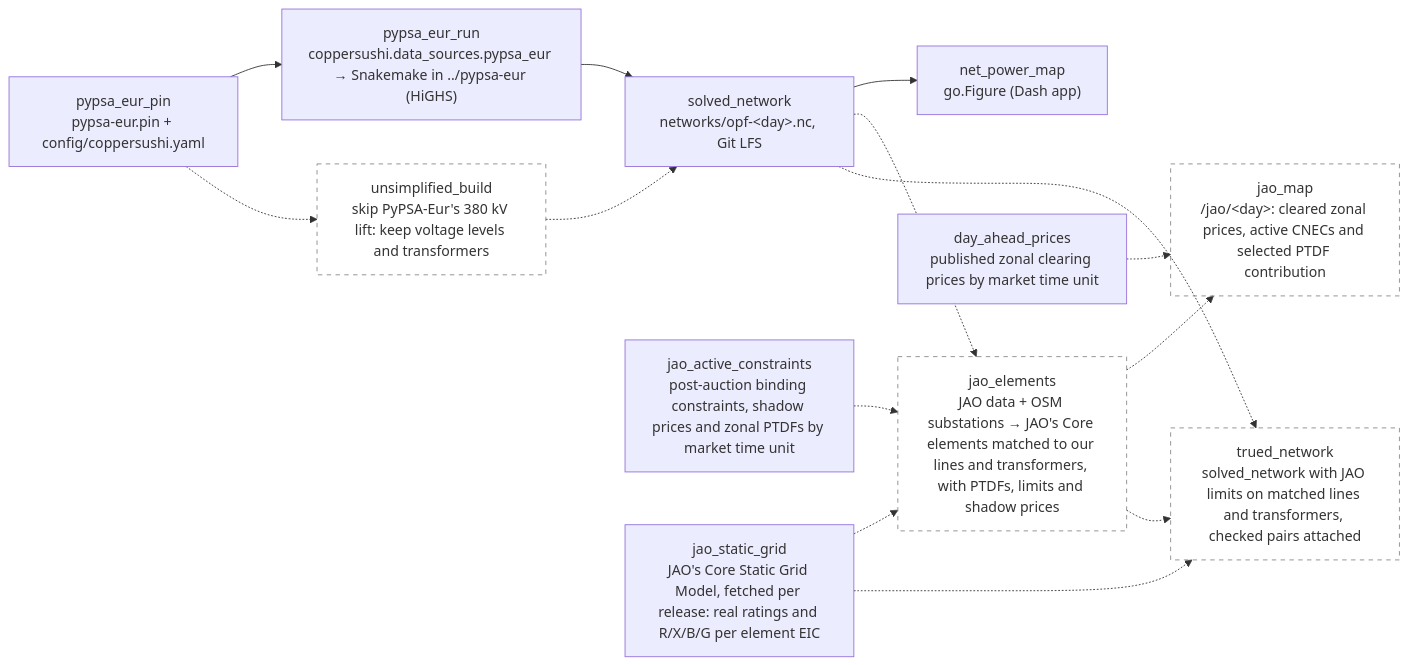
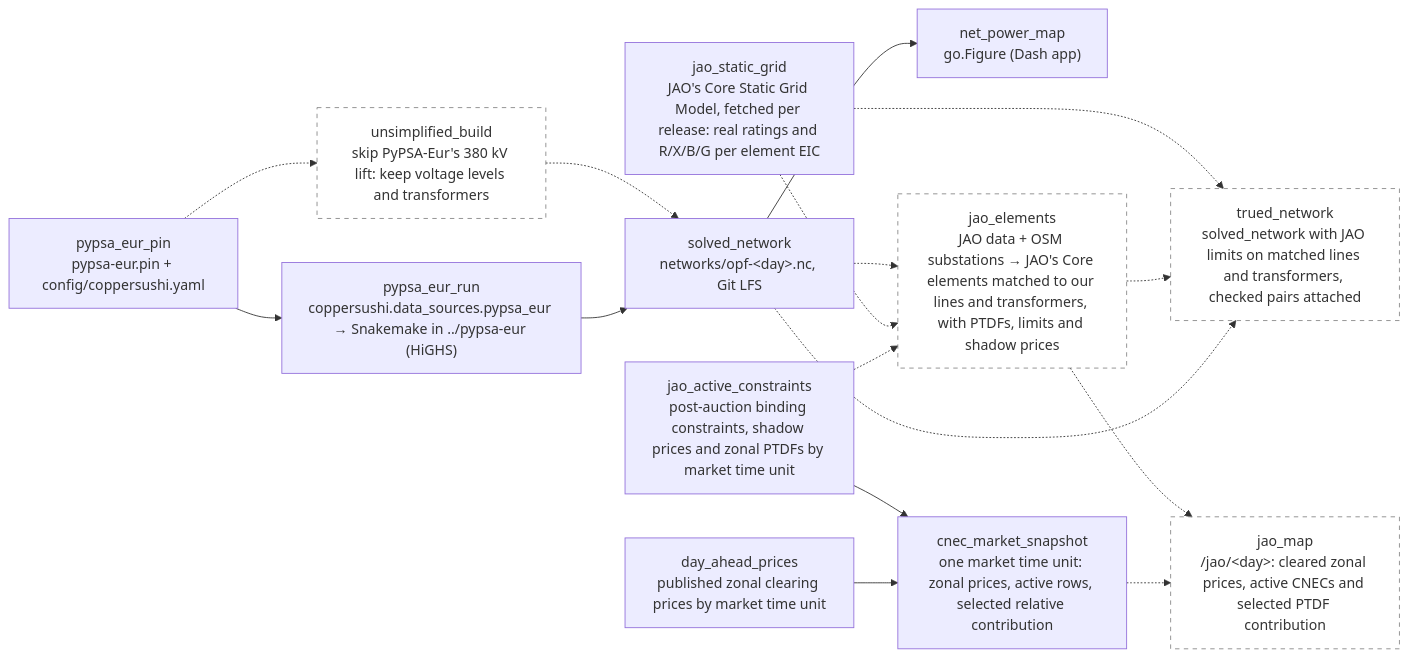
Before and after one commit to zoltanmaric/coppersushi: the diagram in wiki/sushi-2.md, drawn with Mermaid. The commit also changed 5 other files, not shown here.

First line of the commit message:
Compose a complete CNEC market day (#77)

````diff
--- a/wiki/sushi-2.md
+++ b/wiki/sushi-2.md
@@ -16,33 +16,36 @@
 ```mermaid
 flowchart LR
     classDef planned stroke-dasharray: 5 5,stroke:#888,fill:none
 
     net_power_map["net_power_map<br/>go.Figure (Dash app)"]
 
     pypsa_eur_pin["pypsa_eur_pin<br/>pypsa-eur.pin + config/coppersushi.yaml"]
     pypsa_eur_run["pypsa_eur_run<br/>coppersushi.data_sources.pypsa_eur → Snakemake in ../pypsa-eur (HiGHS)"]
     solved_network["solved_network<br/>networks/opf-&lt;day&gt;.nc, Git LFS"]
     jao_active_constraints["jao_active_constraints<br/>post-auction binding constraints, shadow prices and zonal PTDFs by market time unit"]
 
     jao_static_grid["jao_static_grid<br/>JAO's Core Static Grid Model, fetched per release: real ratings and R/X/B/G per element EIC"]
 
     unsimplified["unsimplified_build<br/>skip PyPSA-Eur's 380 kV lift: keep voltage levels and transformers"]:::planned
     jao_elements["jao_elements<br/>JAO data + OSM substations → JAO's Core elements matched to our lines and transformers, with PTDFs, limits and shadow prices"]:::planned
     day_ahead_prices["day_ahead_prices<br/>published zonal clearing prices by market time unit"]
+    cnec_market_snapshot["cnec_market_snapshot<br/>one market time unit: zonal prices, active rows, selected relative contribution"]
     jao_map["jao_map<br/>/jao/&lt;day&gt;: cleared zonal prices, active CNECs and selected PTDF contribution"]:::planned
     trued_network["trued_network<br/>solved_network with JAO limits on matched lines and transformers, checked pairs attached"]:::planned
 
     pypsa_eur_pin --> pypsa_eur_run
     pypsa_eur_pin -.-> unsimplified
     unsimplified -.-> solved_network
     pypsa_eur_run --> solved_network
     solved_network --> net_power_map
     solved_network -.-> jao_elements
     jao_static_grid -.-> jao_elements
     jao_static_grid -.-> trued_network
     jao_active_constraints -.-> jao_elements
+    jao_active_constraints --> cnec_market_snapshot
+    day_ahead_prices --> cnec_market_snapshot
     jao_elements -.-> jao_map
-    day_ahead_prices -.-> jao_map
+    cnec_market_snapshot -.-> jao_map
     jao_elements -.-> trued_network
     solved_network -.-> trued_network
 ```
````
